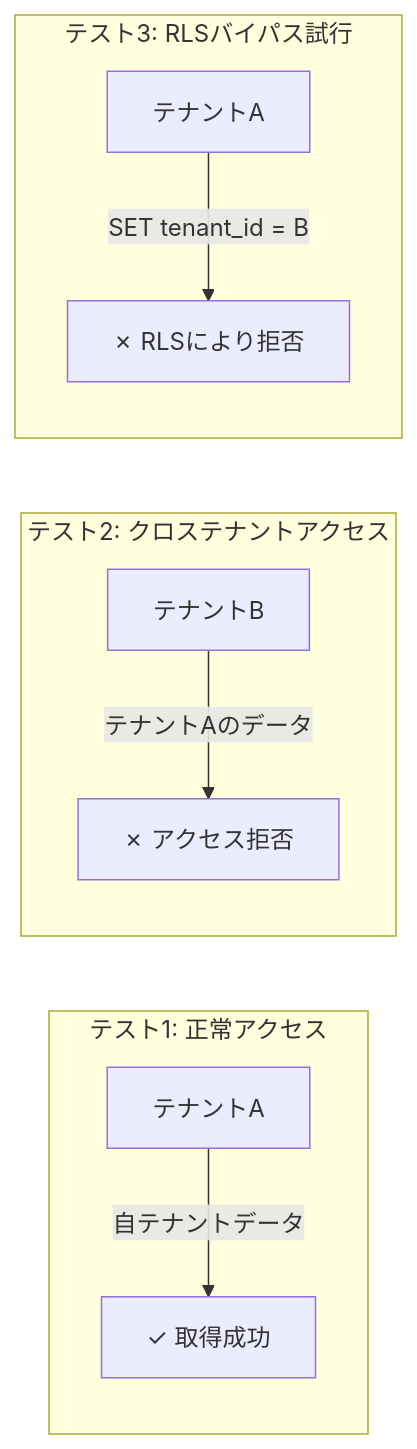
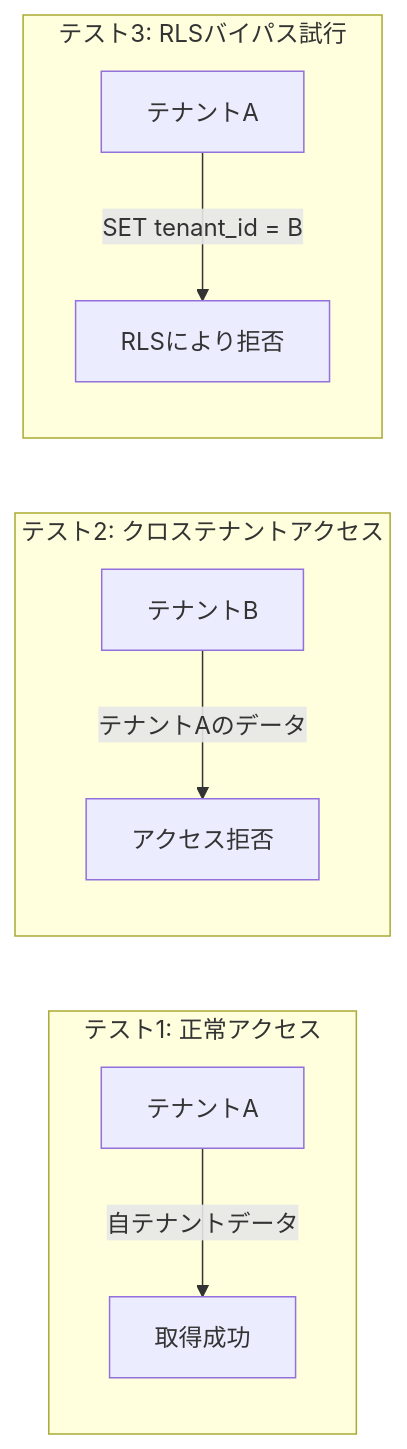
One commit to yaggytter/agentcore-multi-tenant-handson changed the third of 4 diagrams in docs/06-multi-tenant-isolation.md. Above: the diagram before and after it, drawn with Mermaid. The commit also changed other lines of this file and 49 other files, not shown here.

````diff
--- a/docs/06-multi-tenant-isolation.md
+++ b/docs/06-multi-tenant-isolation.md
@@ -450,12 +483,12 @@
 ```mermaid
 graph LR
     subgraph "テスト1: 正常アクセス"
-        A1[テナントA] -->|自テナントデータ| OK1[✓ 取得成功]
+        A1[テナントA] -->|自テナントデータ| OK1[取得成功]
     end
     subgraph "テスト2: クロステナントアクセス"
-        B1[テナントB] -->|テナントAのデータ| NG1[✗ アクセス拒否]
+        B1[テナントB] -->|テナントAのデータ| NG1[アクセス拒否]
     end
     subgraph "テスト3: RLSバイパス試行"
-        C1[テナントA] -->|SET tenant_id = B| NG2[✗ RLSにより拒否]
+        C1[テナントA] -->|SET tenant_id = B| NG2[RLSにより拒否]
     end
 ```
````
